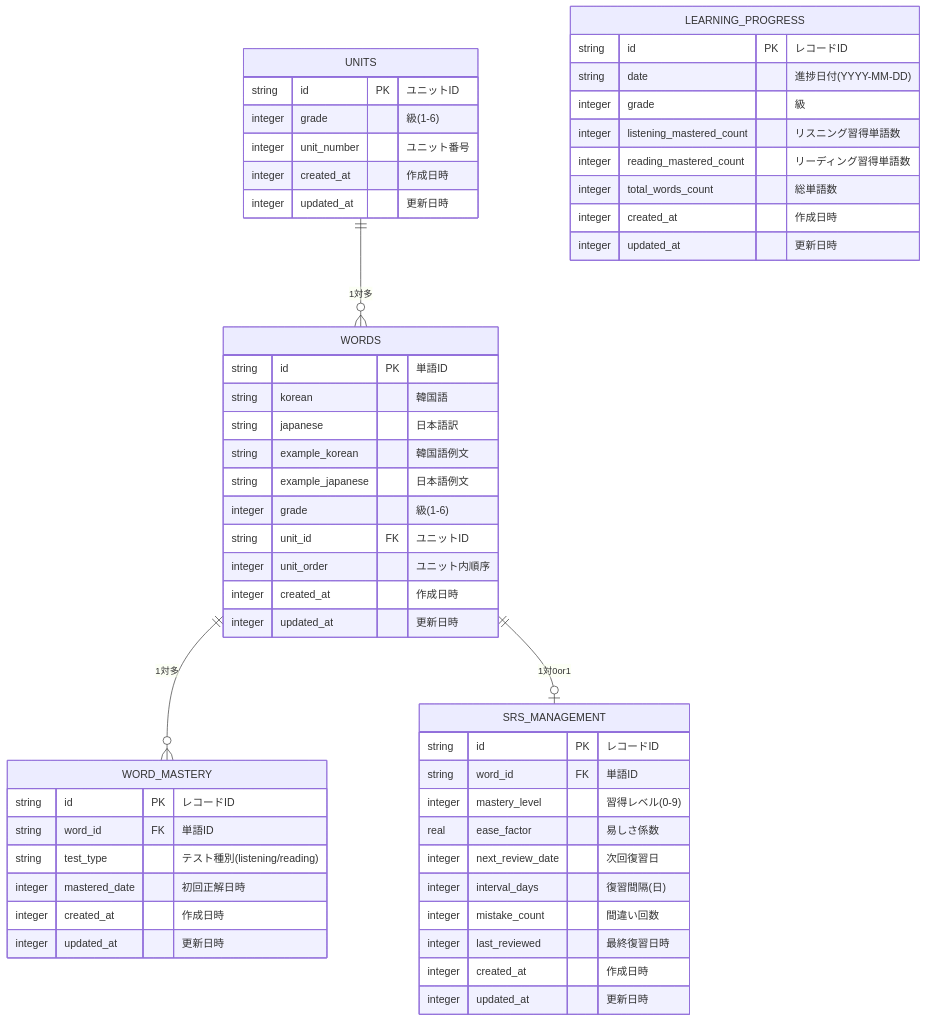
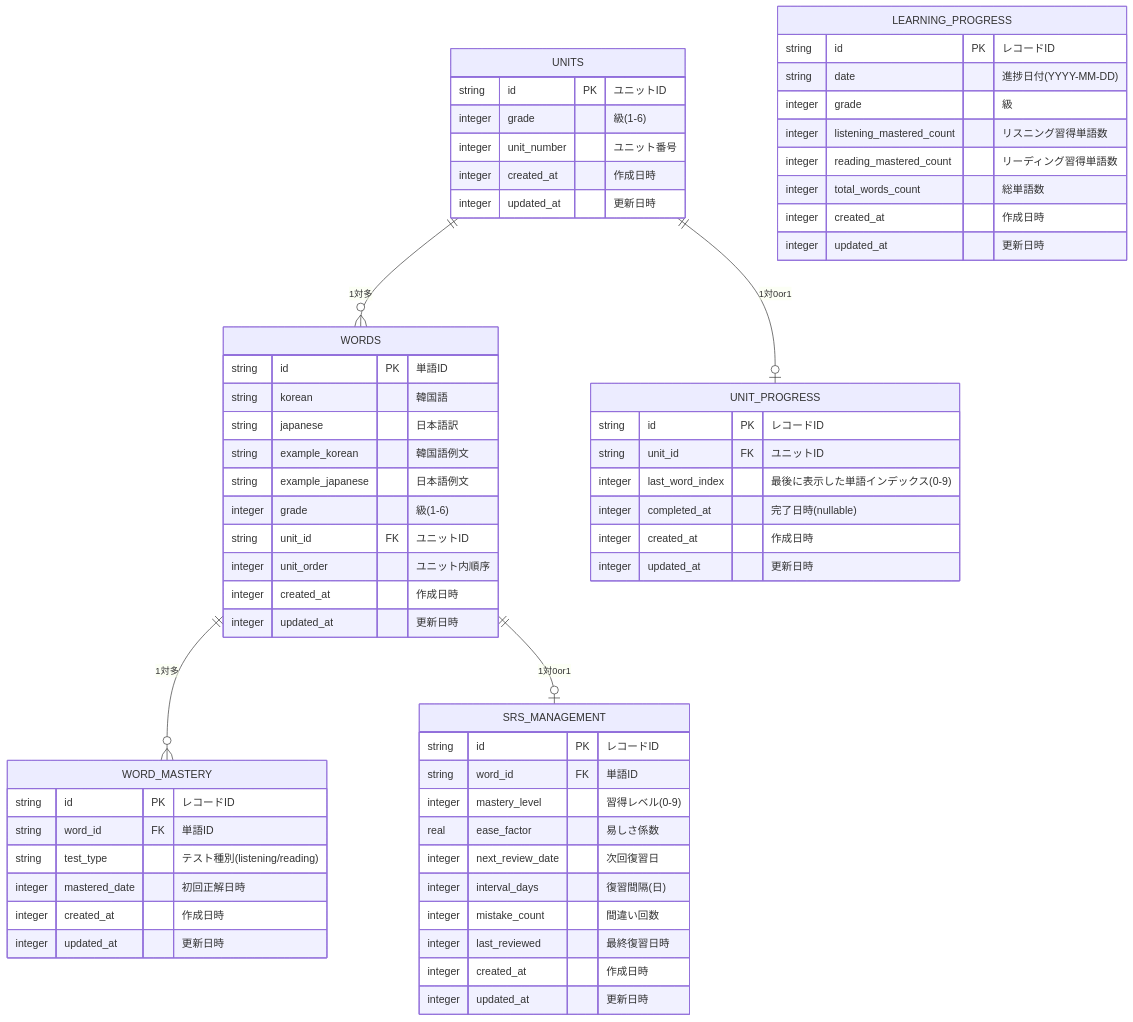
One commit to yuichkun/topik-dojo changed the diagram in docs/database-design.md. Above: the diagram before and after it, drawn with Mermaid. The commit also changed other lines of this file and 3 other files, not shown here.

First line of the commit message:
feat: record learning progress in unit_progress from learning screen

````diff
--- a/docs/database-design.md
+++ b/docs/database-design.md
@@ -53,66 +64,77 @@
 ```mermaid
 erDiagram
     %% 語彙マスターテーブル
     WORDS {
         string id PK "単語ID"
         string korean "韓国語"
         string japanese "日本語訳"
         string example_korean "韓国語例文"
         string example_japanese "日本語例文"
         integer grade "級(1-6)"
         string unit_id FK "ユニットID"
         integer unit_order "ユニット内順序"
         integer created_at "作成日時"
         integer updated_at "更新日時"
     }
     
     %% ユニットマスターテーブル
     UNITS {
         string id PK "ユニットID"
         integer grade "級(1-6)"
         integer unit_number "ユニット番号"
         integer created_at "作成日時"
         integer updated_at "更新日時"
     }
     
     %% 語彙習得管理テーブル
     WORD_MASTERY {
         string id PK "レコードID"
         string word_id FK "単語ID"
         string test_type "テスト種別(listening/reading)"
         integer mastered_date "初回正解日時"
         integer created_at "作成日時"
         integer updated_at "更新日時"
     }
     
     %% SRS管理テーブル
     SRS_MANAGEMENT {
         string id PK "レコードID"
         string word_id FK "単語ID"
         integer mastery_level "習得レベル(0-9)"
         real ease_factor "易しさ係数"
         integer next_review_date "次回復習日"
         integer interval_days "復習間隔(日)"
         integer mistake_count "間違い回数"
         integer last_reviewed "最終復習日時"
         integer created_at "作成日時"
         integer updated_at "更新日時"
     }
     
     %% 学習進捗テーブル
     LEARNING_PROGRESS {
         string id PK "レコードID"
         string date "進捗日付(YYYY-MM-DD)"
         integer grade "級"
         integer listening_mastered_count "リスニング習得単語数"
         integer reading_mastered_count "リーディング習得単語数"
         integer total_words_count "総単語数"
         integer created_at "作成日時"
         integer updated_at "更新日時"
     }
     
+    %% ユニット学習進捗テーブル
+    UNIT_PROGRESS {
+        string id PK "レコードID"
+        string unit_id FK "ユニットID"
+        integer last_word_index "最後に表示した単語インデックス(0-9)"
+        integer completed_at "完了日時(nullable)"
+        integer created_at "作成日時"
+        integer updated_at "更新日時"
+    }
+
     %% リレーション
     UNITS ||--o{ WORDS : "1対多"
+    UNITS ||--o| UNIT_PROGRESS : "1対0or1"
     WORDS ||--o{ WORD_MASTERY : "1対多"
     WORDS ||--o| SRS_MANAGEMENT : "1対0or1"
 ```
````
